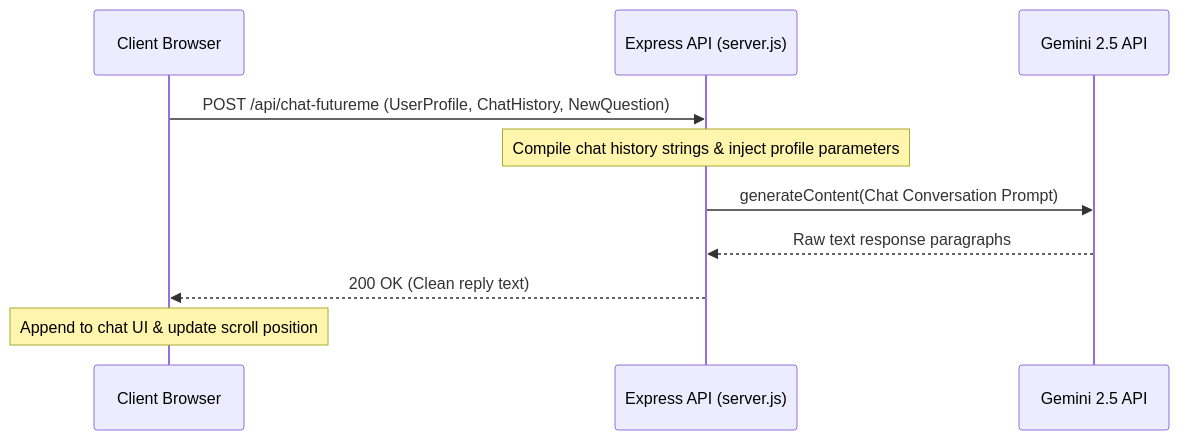
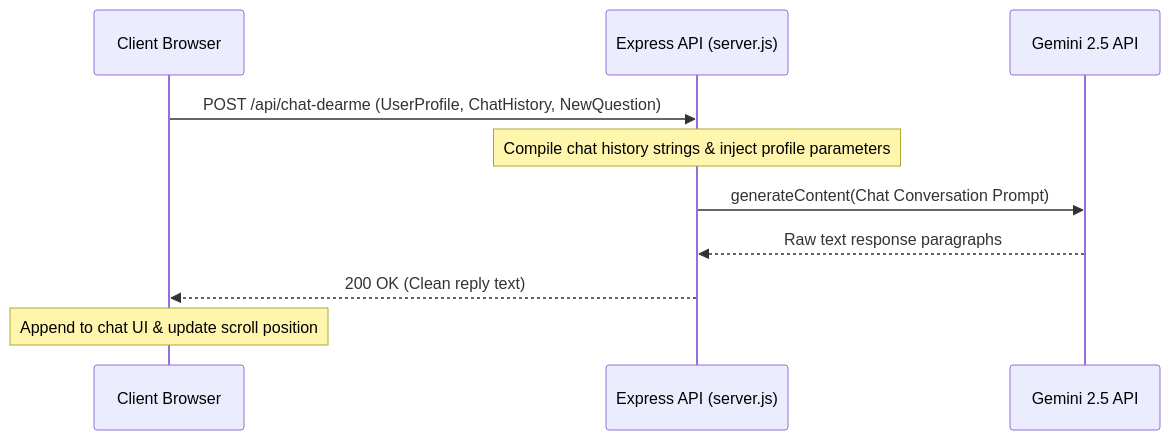
The third of 3 diagrams in TECHNICAL_DOCUMENTATION.md (AnshuArelly/dearme), drawn with Mermaid before and after one commit. The commit also changed other lines of this file and 7 other files, not shown here.

````diff
--- a/TECHNICAL_DOCUMENTATION.md
+++ b/TECHNICAL_DOCUMENTATION.md
@@ -57,13 +57,13 @@
 ```mermaid
 sequenceDiagram
     participant User as Client Browser
     participant API as Express API (server.js)
     participant AI as Gemini 2.5 API
 
-    User->>API: POST /api/chat-futureme (UserProfile, ChatHistory, NewQuestion)
+    User->>API: POST /api/chat-dearme (UserProfile, ChatHistory, NewQuestion)
     Note over API: Compile chat history strings & inject profile parameters
     API->>AI: generateContent(Chat Conversation Prompt)
     AI-->>API: Raw text response paragraphs
     API-->>User: 200 OK (Clean reply text)
     Note over User: Append to chat UI & update scroll position
 ```
````
